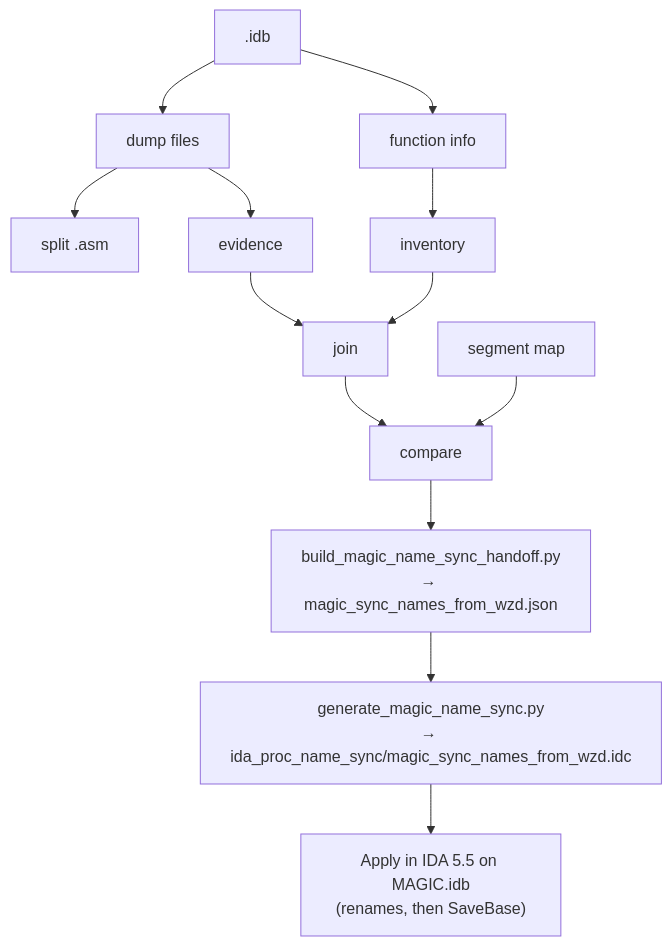
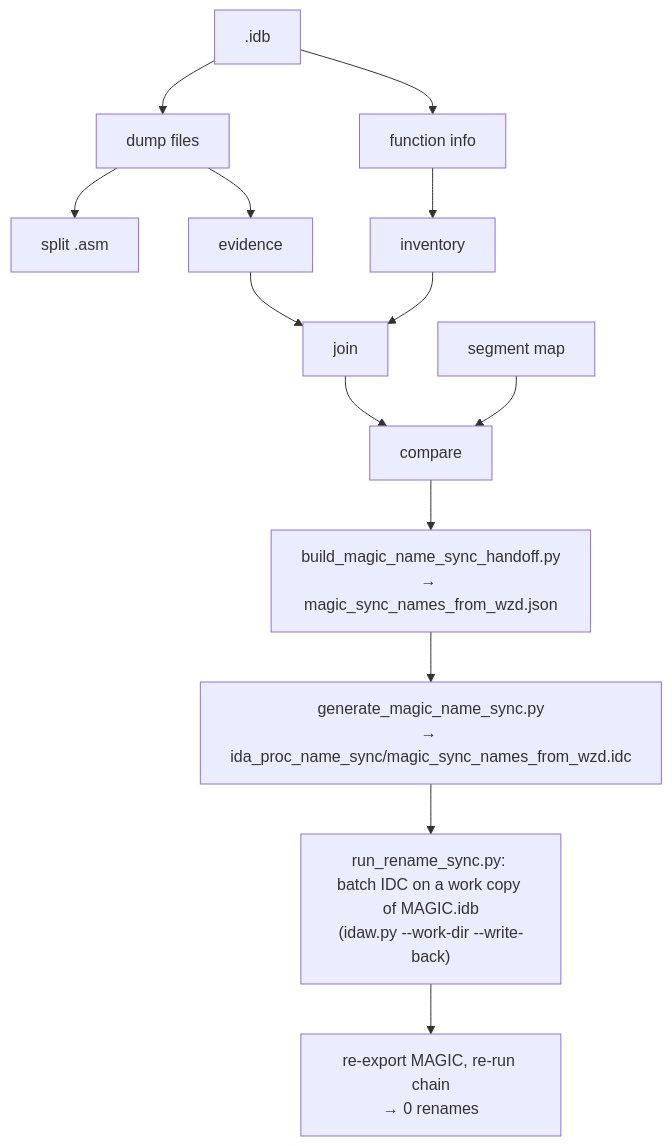
Before and after one commit to jbalcomb/STU-Extras: the second of 2 diagrams in Piethawn/Piethawn/NAME_SYNC_PROCESS.md, drawn with Mermaid. The commit also changed other lines of this file and 104 other files, not shown here.

````diff
--- a/Piethawn/Piethawn/NAME_SYNC_PROCESS.md
+++ b/Piethawn/Piethawn/NAME_SYNC_PROCESS.md
@@ -46,24 +47,25 @@
 ```mermaid
 flowchart TD
     IDB[".idb"]
     EXP1["dump files"]
     EXP2["function info"]
     SPLIT["split .asm"]
     INV["inventory"]
     BODY["evidence"]
     JOIN["join"]
     SEGMAP["segment map"]
     CMP["compare"]
     HAND["build_magic_name_sync_handoff.py<br/>→ magic_sync_names_from_wzd.json"]
     GEN["generate_magic_name_sync.py<br/>→ ida_proc_name_sync/magic_sync_names_from_wzd.idc"]
-    APPLY["Apply in IDA 5.5 on MAGIC.idb<br/>(renames, then SaveBase)"]
+    APPLY["run_rename_sync.py: batch IDC on a work copy of MAGIC.idb<br/>(idaw.py --work-dir --write-back)"]
+    VERIFY["re-export MAGIC, re-run chain<br/>→ 0 renames"]
 
     IDB --> EXP1 --> SPLIT
     IDB --> EXP2 --> INV
     EXP1 --> BODY
     INV --> JOIN
     BODY --> JOIN
     JOIN --> CMP
     SEGMAP --> CMP
-    CMP --> HAND --> GEN --> APPLY
+    CMP --> HAND --> GEN --> APPLY --> VERIFY
 ```
````
